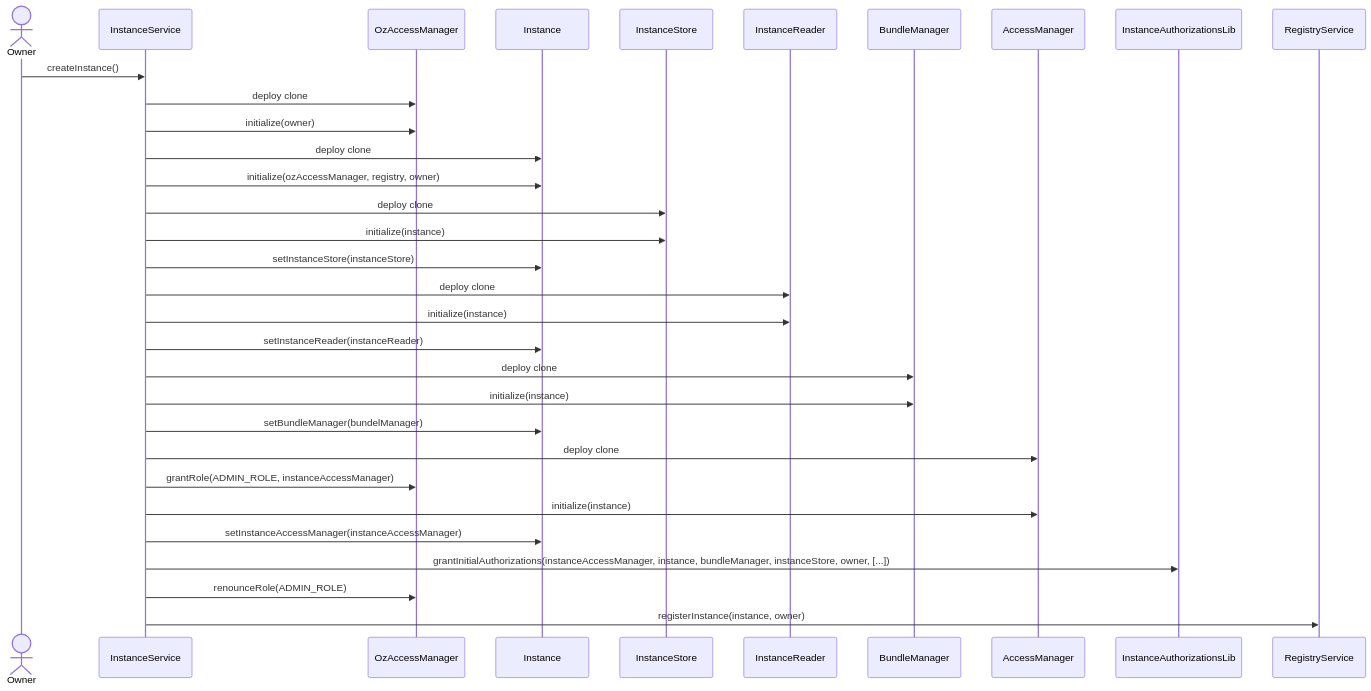
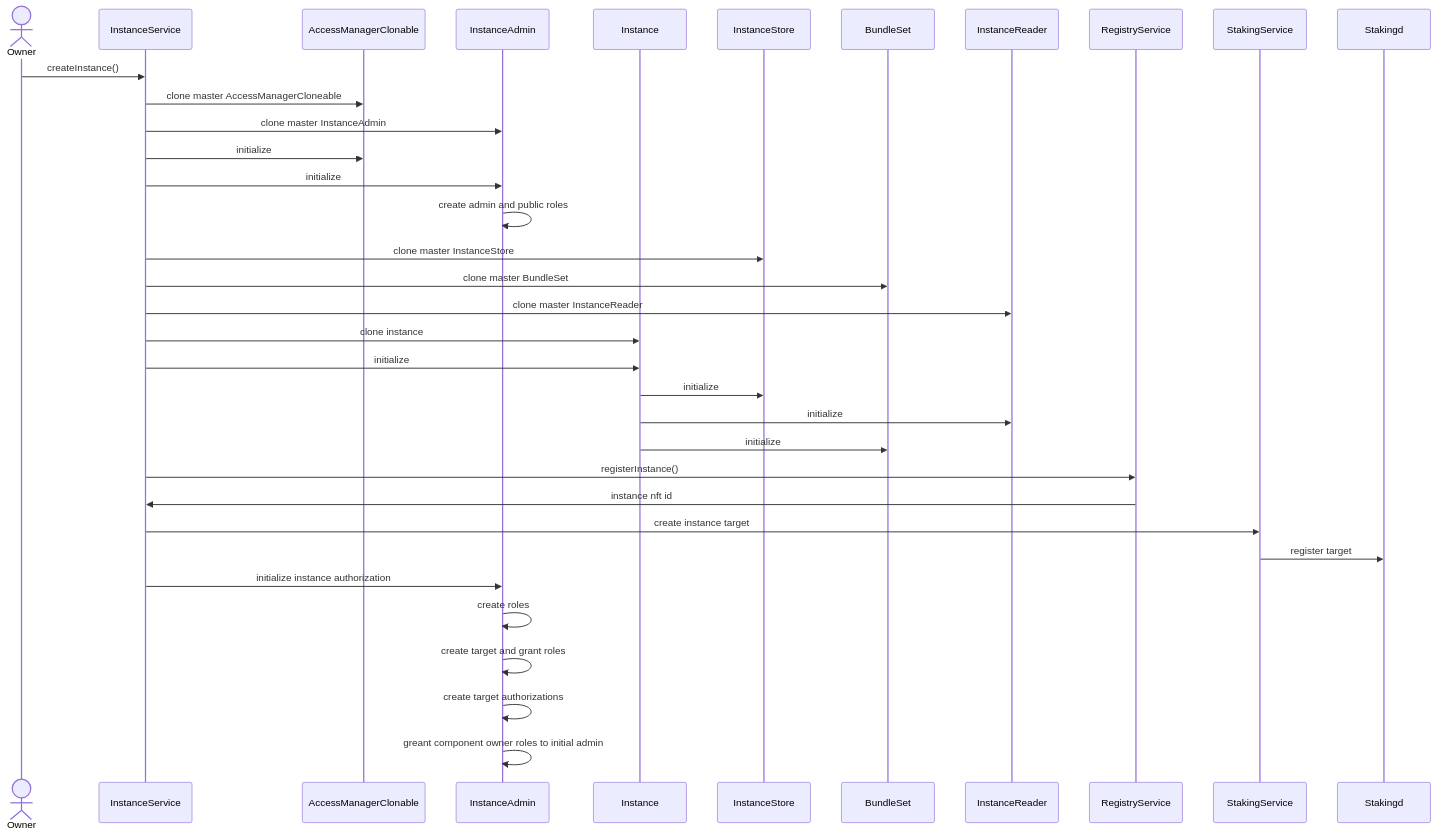
Before and after one commit to etherisc/gif-next: the diagram in docs_manual/instance.md, drawn with Mermaid.

Commit message:
instance creation flow

````diff
--- a/docs_manual/instance.md
+++ b/docs_manual/instance.md
@@ -5,35 +5,38 @@
 ```mermaid
 sequenceDiagram
     actor O as Owner
     participant IS as InstanceService
-    participant OAM as OzAccessManager
+    participant ACM as AccessManagerClonable
+    participant IADM as InstanceAdmin
     participant I as Instance
     participant IST as InstanceStore
+    participant BS as BundleSet
     participant IR as InstanceReader
-    participant BM as BundleManager
-    participant IAM as AccessManager
-    participant IAL as InstanceAuthorizationsLib
     participant RS as RegistryService
+    participant SS as StakingService
+    participant S as Stakingd
     
     O ->> IS: createInstance()
-    IS ->> OAM: deploy clone
-    IS ->> OAM: initialize(owner)
-    IS ->> I: deploy clone
-    IS ->> I: initialize(ozAccessManager, registry, owner) 
-    IS ->> IST: deploy clone 
-    IS ->> IST: initialize(instance)
-    IS ->> I: setInstanceStore(instanceStore)
-    IS ->> IR: deploy clone 
-    IS ->> IR: initialize(instance)
-    IS ->> I: setInstanceReader(instanceReader)
-    IS ->> BM: deploy clone 
-    IS ->> BM: initialize(instance)
-    IS ->> I: setBundleManager(bundelManager)
-    IS ->> IAM: deploy clone
-    IS ->> OAM: grantRole(ADMIN_ROLE, instanceAccessManager)
-    IS ->> IAM: initialize(instance)
-    IS ->> I: setInstanceAccessManager(instanceAccessManager)
-    IS ->> IAL: grantInitialAuthorizations(instanceAccessManager, instance, bundleManager, instanceStore, owner, [...])
-    IS ->> OAM: renounceRole(ADMIN_ROLE)
-    IS ->> RS: registerInstance(instance, owner)
+    IS ->> ACM: clone master AccessManagerCloneable
+    IS ->> IADM: clone master InstanceAdmin
+    IS ->> ACM: initialize
+    IS ->> IADM: initialize
+    IADM ->> IADM: create admin and public roles
+    IS ->> IST: clone master InstanceStore
+    IS ->> BS: clone master BundleSet
+    IS ->> IR: clone master InstanceReader
+    IS ->> I: clone instance
+    IS ->> I: initialize
+    I ->> IST: initialize
+    I ->> IR: initialize
+    I ->> BS: initialize
+    IS ->> RS: registerInstance()
+    RS ->> IS: instance nft id
+    IS ->> SS: create instance target
+    SS ->> S: register target
+    IS ->> IADM: initialize instance authorization
+    IADM ->> IADM: create roles
+    IADM ->> IADM: create target and grant roles
+    IADM ->> IADM: create target authorizations
+    IADM ->> IADM: greant component owner roles to initial admin
 ```
````
